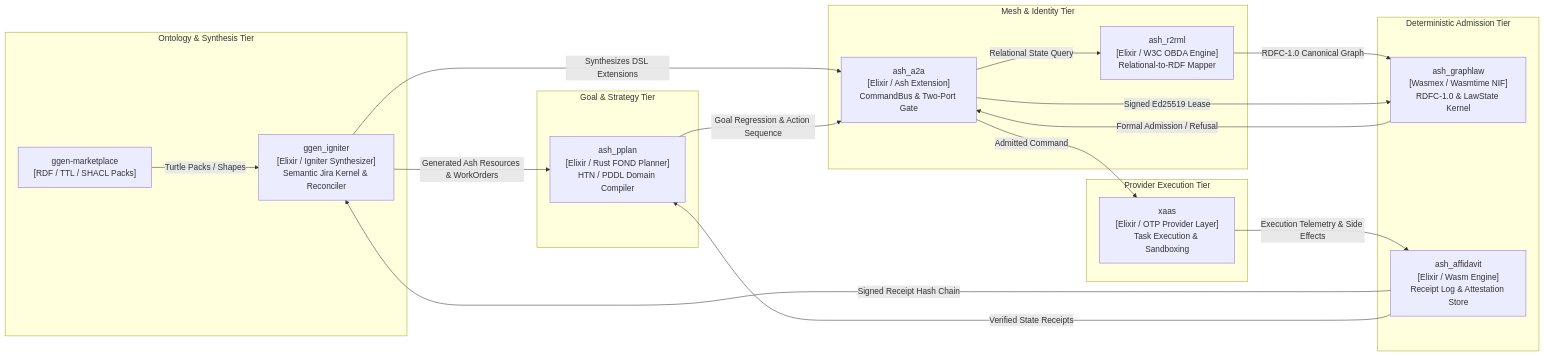
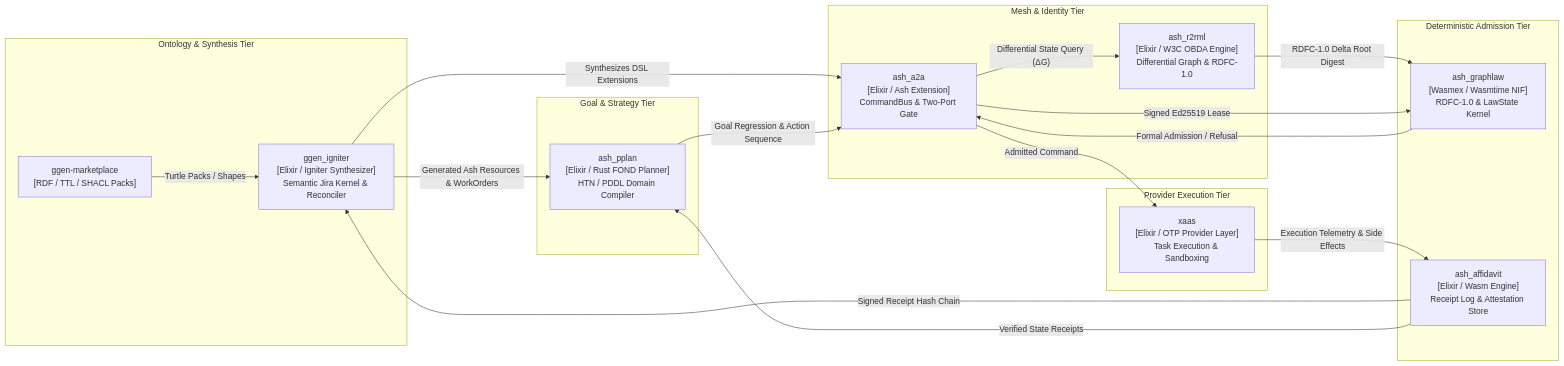
One commit to seanchatmangpt/chatman-ecosystem changed the second of 6 diagrams in docs/architecture/loops-of-loops.md. Above: the diagram before and after it, drawn with Mermaid. The commit also changed other lines of this file, not shown here.

Commit message:
docs(architecture): harden loops-of-loops with differential projection, epistemic horizon, and monotonic restriction

````diff
--- a/docs/architecture/loops-of-loops.md
+++ b/docs/architecture/loops-of-loops.md
@@ -60,40 +67,40 @@
 ```mermaid
 flowchart LR
     subgraph MetaLayer["Ontology & Synthesis Tier"]
         MKT["ggen-marketplace\n[RDF / TTL / SHACL Packs]"]
         IGN["ggen_igniter\n[Elixir / Igniter Synthesizer]\nSemantic Jira Kernel & Reconciler"]
     end
 
     subgraph PlanningLayer["Goal & Strategy Tier"]
         PPLAN["ash_pplan\n[Elixir / Rust FOND Planner]\nHTN / PDDL Domain Compiler"]
     end
 
     subgraph ProtocolLayer["Mesh & Identity Tier"]
         A2A["ash_a2a\n[Elixir / Ash Extension]\nCommandBus & Two-Port Gate"]
-        R2RML["ash_r2rml\n[Elixir / W3C OBDA Engine]\nRelational-to-RDF Mapper"]
+        R2RML["ash_r2rml\n[Elixir / W3C OBDA Engine]\nDifferential Graph & RDFC-1.0"]
     end
 
     subgraph KernelLayer["Deterministic Admission Tier"]
         GLAW["ash_graphlaw\n[Wasmex / Wasmtime NIF]\nRDFC-1.0 & LawState Kernel"]
         AFF["ash_affidavit\n[Elixir / Wasm Engine]\nReceipt Log & Attestation Store"]
     end
 
     subgraph ActuationLayer["Provider Execution Tier"]
         XAAS["xaas\n[Elixir / OTP Provider Layer]\nTask Execution & Sandboxing"]
     end
 
     MKT -->|"Turtle Packs / Shapes"| IGN
     IGN -->|"Generated Ash Resources & WorkOrders"| PPLAN
     IGN -->|"Synthesizes DSL Extensions"| A2A
 
     PPLAN -->|"Goal Regression & Action Sequence"| A2A
-    A2A -->|"Relational State Query"| R2RML
-    R2RML -->|"RDFC-1.0 Canonical Graph"| GLAW
+    A2A -->|"Differential State Query (ΔG)"| R2RML
+    R2RML -->|"RDFC-1.0 Delta Root Digest"| GLAW
     A2A -->|"Signed Ed25519 Lease"| GLAW
     GLAW -->|"Formal Admission / Refusal"| A2A
 
     A2A -->|"Admitted Command"| XAAS
     XAAS -->|"Execution Telemetry & Side Effects"| AFF
     AFF -->|"Signed Receipt Hash Chain"| IGN
     AFF -->|"Verified State Receipts"| PPLAN
 ```
````
